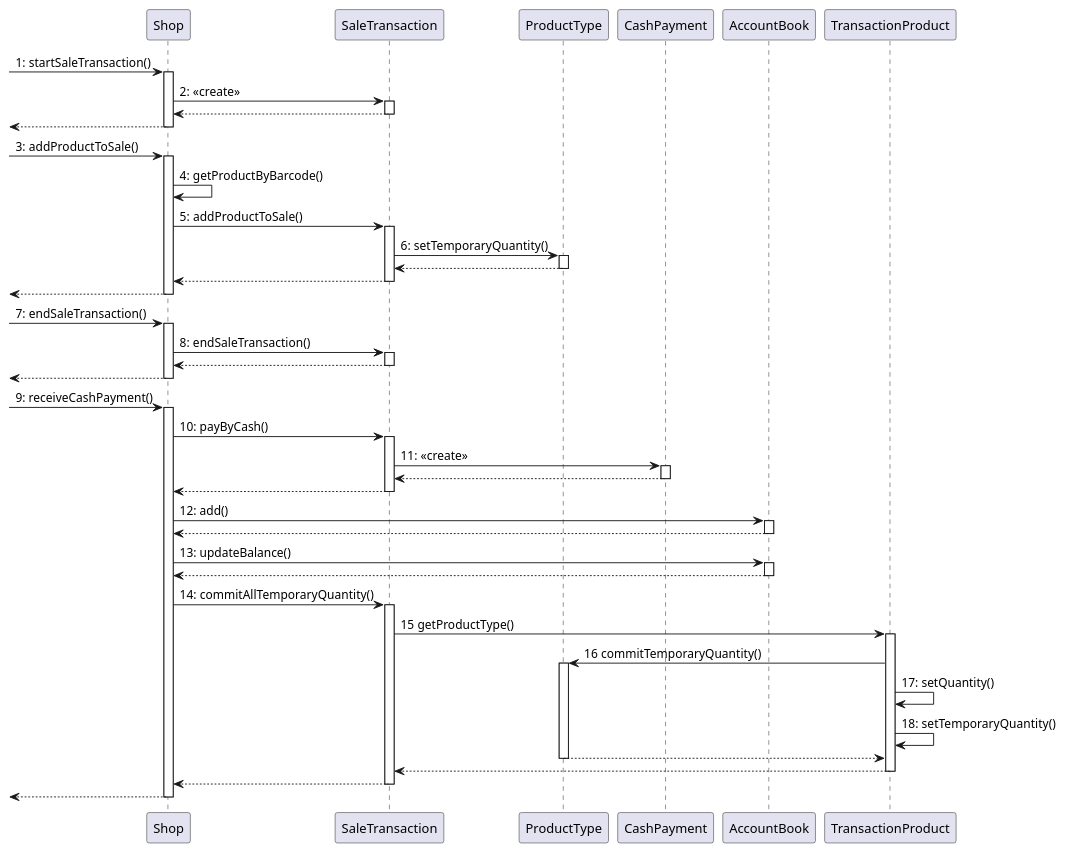
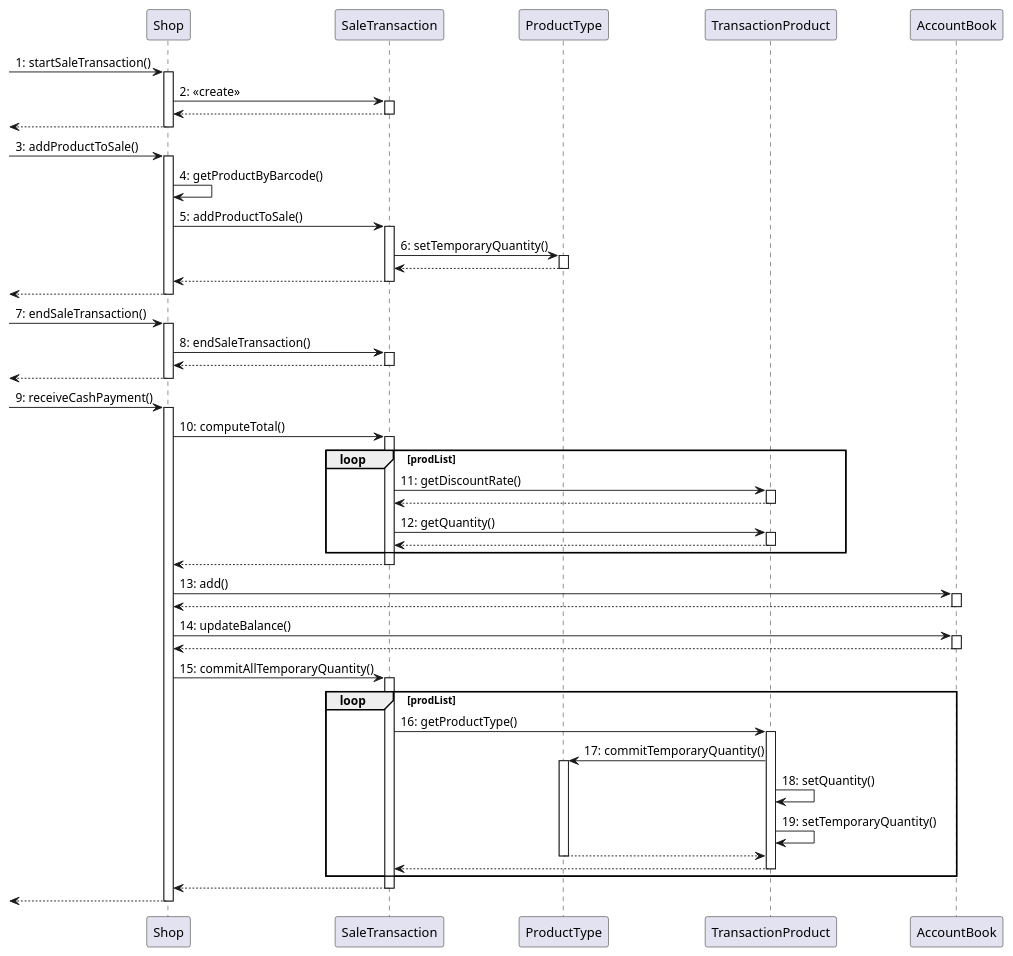
Before and after one commit to MatteoBattilana/EzShop: the fifth of 6 diagrams in Deliverables/DesignDocument.md, drawn with PlantUML. The commit also changed other lines of this file, not shown here.

Commit message:
docs: added return scenario

````diff
--- a/Deliverables/DesignDocument.md
+++ b/Deliverables/DesignDocument.md
@@ -380,60 +364,68 @@
 ```plantuml
 @startuml
   ->Shop: 1: startSaleTransaction()
   activate Shop
     Shop -> SaleTransaction: 2: <<create>>
     activate SaleTransaction
     return
   return
 
   ->Shop: 3: addProductToSale()
   activate Shop
     Shop -> Shop: 4: getProductByBarcode()
     Shop -> SaleTransaction: 5: addProductToSale()
     activate SaleTransaction
       SaleTransaction -> ProductType: 6: setTemporaryQuantity()
       activate ProductType
       return
     return
 return
 
 -> Shop: 7: endSaleTransaction()
 activate Shop
   Shop -> SaleTransaction: 8: endSaleTransaction()
   activate SaleTransaction
   return
 return
 
 -> Shop: 9: receiveCashPayment()
 activate Shop
-  Shop -> SaleTransaction: 10: payByCash()
+  Shop -> SaleTransaction: 10: computeTotal()
   activate SaleTransaction
-    SaleTransaction -> CashPayment: 11: <<create>>
-    activate CashPayment
-    return
+      loop prodList
+          SaleTransaction -> TransactionProduct: 11: getDiscountRate()
+          activate TransactionProduct
+          return
+          SaleTransaction -> TransactionProduct: 12: getQuantity()
+          activate TransactionProduct
+          return
+      end
   return
-  Shop -> AccountBook: 12: add()
+  Shop -> AccountBook: 13: add()
   activate AccountBook
   return
 
 
-Shop -> AccountBook: 13: updateBalance()
+Shop -> AccountBook: 14: updateBalance()
 activate AccountBook
 return
 
-  Shop -> SaleTransaction: 14: commitAllTemporaryQuantity()
+  Shop -> SaleTransaction: 15: commitAllTemporaryQuantity()
   activate SaleTransaction
-    SaleTransaction -> TransactionProduct: 15 getProductType()
+
+    loop prodList
+    SaleTransaction -> TransactionProduct: 16: getProductType()
     activate TransactionProduct
-      TransactionProduct -> ProductType: 16 commitTemporaryQuantity()
+      TransactionProduct -> ProductType: 17: commitTemporaryQuantity()
       activate ProductType
-      TransactionProduct -> TransactionProduct: 17: setQuantity()
-      TransactionProduct -> TransactionProduct: 18: setTemporaryQuantity()
+      TransactionProduct -> TransactionProduct: 18: setQuantity()
+      TransactionProduct -> TransactionProduct: 19: setTemporaryQuantity()
 
       return
     return
+    end
   return
 
 return
 @enduml
 ```
````
